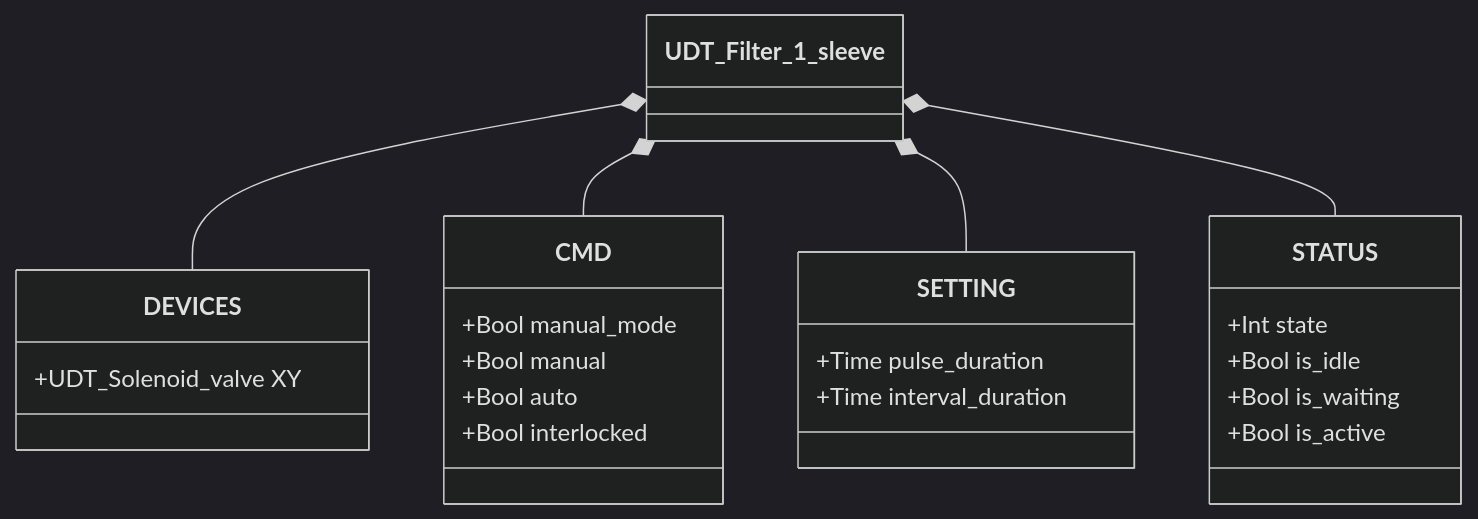
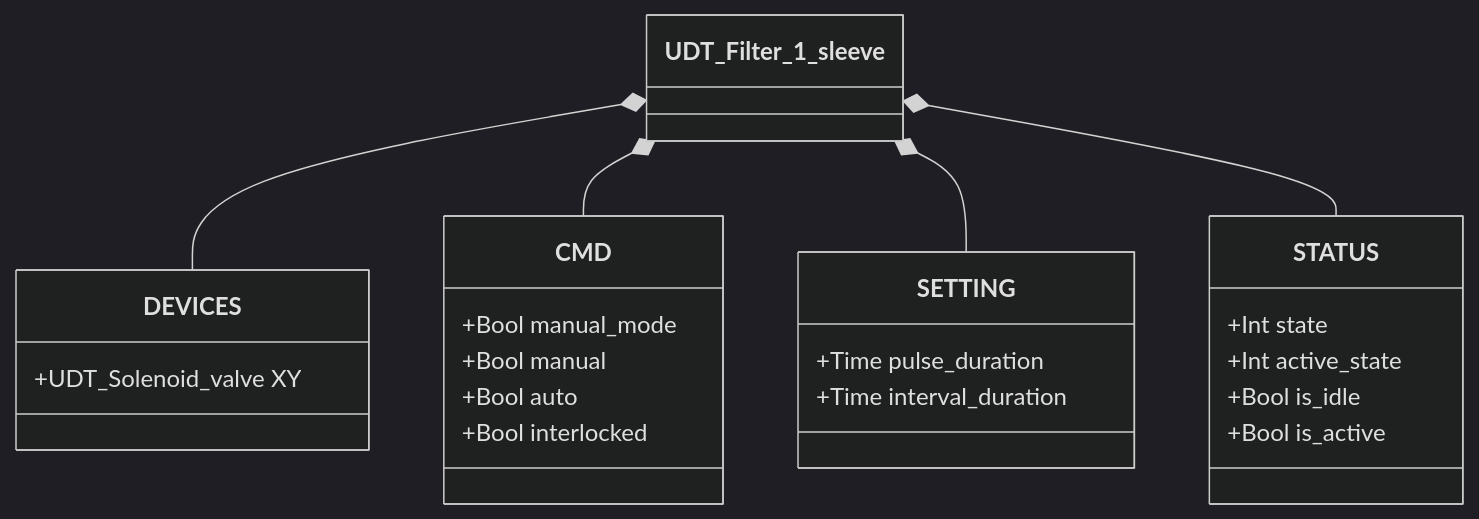
Before and after one commit to AleFire99/TIA_knowledge: the first of 2 diagrams in docs/library/filters/1-sleeve/index.en.md, drawn with Mermaid (dark theme). The commit also changed other lines of this file and 112 other files, not shown here.

````diff
--- a/docs/library/filters/1-sleeve/index.en.md
+++ b/docs/library/filters/1-sleeve/index.en.md
@@ -54,27 +54,27 @@
 ```mermaid
 classDiagram
     class UDT_Filter_1_sleeve
     class DEVICES {
         +UDT_Solenoid_valve XY
     }
     class CMD {
         +Bool manual_mode
         +Bool manual
         +Bool auto
         +Bool interlocked
     }
     class SETTING {
         +Time pulse_duration
         +Time interval_duration
     }
     class STATUS {
         +Int state
+        +Int active_state
         +Bool is_idle
-        +Bool is_waiting
         +Bool is_active
     }
     UDT_Filter_1_sleeve *-- DEVICES
     UDT_Filter_1_sleeve *-- CMD
     UDT_Filter_1_sleeve *-- SETTING
     UDT_Filter_1_sleeve *-- STATUS
 ```
````
